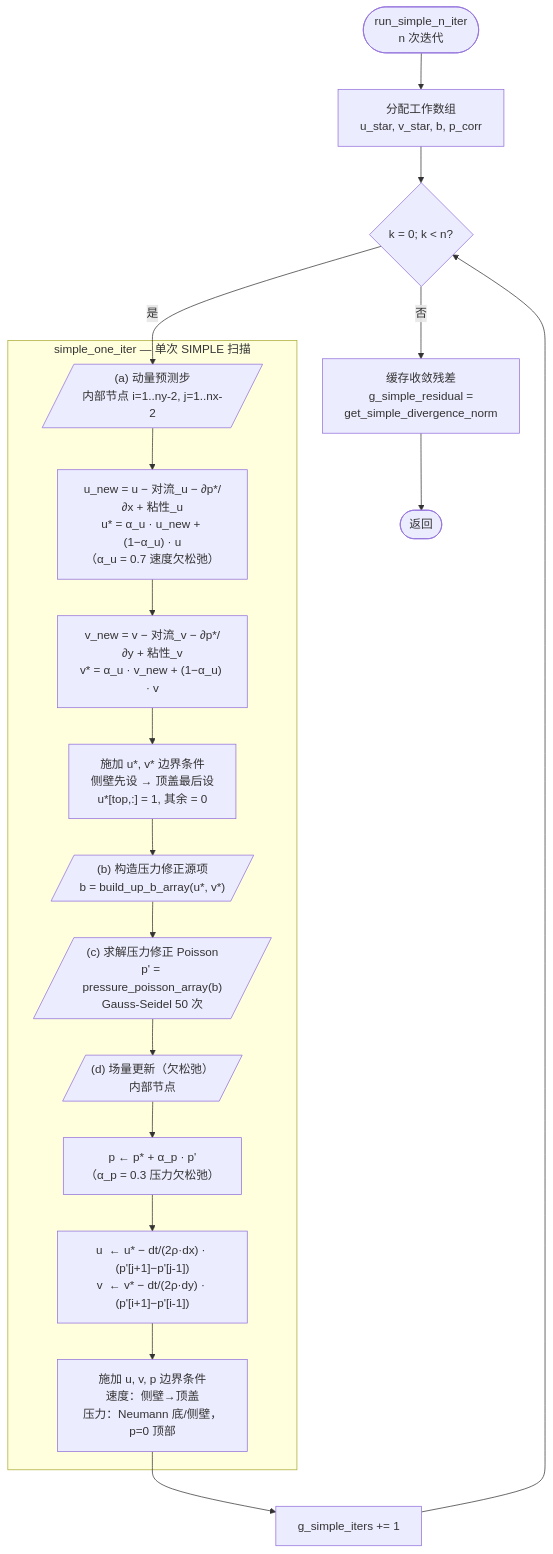
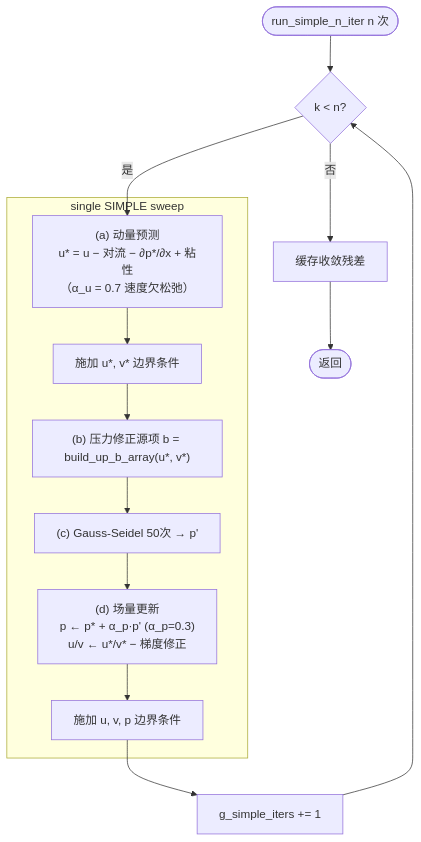
Before and after one commit to YuFenfen-ai/FlowLabLite: the third of 6 diagrams in docs/flow.md, drawn with Mermaid. The commit also changed other lines of this file and 2 other files, not shown here.

First line of the commit message:
docs: update for four-solver architecture (PCG + MAC)

````diff
--- a/docs/flow.md
+++ b/docs/flow.md
@@ -81,26 +79,19 @@
 ```mermaid
 flowchart TD
-    START([run_simple_n_iter\nn 次迭代]) --> INIT[分配工作数组\nu_star, v_star, b, p_corr]
-
-    INIT --> LOOP{k = 0; k < n?}
-    LOOP -- 否 --> POST[缓存收敛残差\ng_simple_residual =\nget_simple_divergence_norm]
+    START([run_simple_n_iter n 次]) --> LOOP{k < n?}
+    LOOP -- 否 --> POST[缓存收敛残差]
     POST --> END([返回])
-
     LOOP -- 是 --> A
 
-    subgraph ONE ["simple_one_iter — 单次 SIMPLE 扫描"]
-        A[/"(a) 动量预测步\n内部节点 i=1..ny-2, j=1..nx-2"/]
-        A --> A1["u_new = u − 对流_u − ∂p*/∂x + 粘性_u\nu* = α_u · u_new + (1−α_u) · u\n（α_u = 0.7 速度欠松弛）"]
-        A1 --> A2["v_new = v − 对流_v − ∂p*/∂y + 粘性_v\nv* = α_u · v_new + (1−α_u) · v"]
-        A2 --> B["施加 u*, v* 边界条件\n侧壁先设 → 顶盖最后设\nu*[top,:] = 1,  其余 = 0"]
-        B --> C[/"(b) 构造压力修正源项\nb = build_up_b_array(u*, v*)"/]
-        C --> D[/"(c) 求解压力修正 Poisson\np' = pressure_poisson_array(b)\nGauss-Seidel 50 次"/]
-        D --> E[/"(d) 场量更新（欠松弛）\n内部节点"/]
-        E --> E1["p  ← p* + α_p · p'\n（α_p = 0.3 压力欠松弛）"]
-        E1 --> E2["u  ← u* − dt/(2ρ·dx) · (p'[j+1]−p'[j-1])\nv  ← v* − dt/(2ρ·dy) · (p'[i+1]−p'[i-1])"]
-        E2 --> F["施加 u, v, p 边界条件\n速度：侧壁→顶盖\n压力：Neumann 底/侧壁，p=0 顶部"]
+    subgraph ONE ["single SIMPLE sweep"]
+        A["(a) 动量预测\nu* = u − 对流 − ∂p*/∂x + 粘性\n（α_u = 0.7 速度欠松弛）"]
+        A --> B[施加 u*, v* 边界条件]
+        B --> C["(b) 压力修正源项 b = build_up_b_array(u*, v*)"]
+        C --> D["(c) Gauss-Seidel 50次 → p'"]
+        D --> E["(d) 场量更新\np ← p* + α_p·p'  (α_p=0.3)\nu/v ← u*/v* − 梯度修正"]
+        E --> F[施加 u, v, p 边界条件]
     end
 
     F --> G[g_simple_iters += 1]
     G --> LOOP
 ```
````
